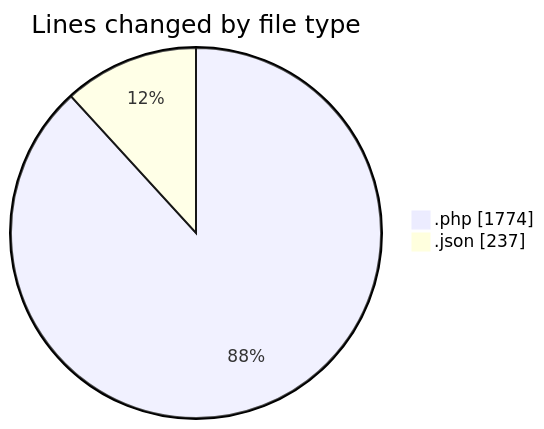
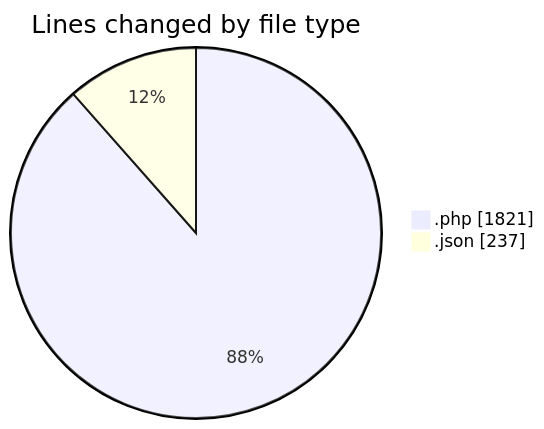
Before and after one commit to idhammustaqopulfikri/code-tracking: the first of 2 diagrams in 2025-05-28/studio-backend/README.md, drawn with Mermaid. The commit also changed other lines of this file and 1 other file, not shown here.

````diff
--- a/2025-05-28/studio-backend/README.md
+++ b/2025-05-28/studio-backend/README.md
@@ -45,6 +45,6 @@
 ```mermaid
 pie showData
 title Lines changed by file type
-".php" : 1774
+".php" : 1821
 ".json" : 237
 ```
````
